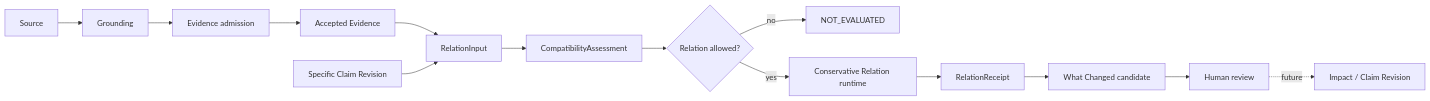
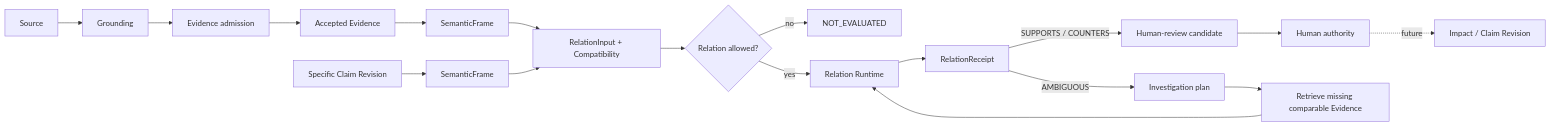
One commit to Anhao1314/flowcredit-research changed the diagram in README.md. Above: the diagram before and after it, drawn with Mermaid. The commit also changed other lines of this file and 28 other files, not shown here.

First line of the commit message:
feat(research): ship v0.2 SemanticFrame reality check and Investigate loop

````diff
--- a/README.md
+++ b/README.md
@@ -54,16 +60,20 @@
-```mermaid
+~~~mermaid
 flowchart LR
     A[Source] --> B[Grounding]
     B --> C[Evidence admission]
     C --> D[Accepted Evidence]
-    D --> E[RelationInput]
-    F[Specific Claim Revision] --> E
-    E --> G[CompatibilityAssessment]
-    G --> H{Relation allowed?}
-    H -- no --> I[NOT_EVALUATED]
-    H -- yes --> J[Conservative Relation runtime]
-    J --> K[RelationReceipt]
-    K --> L[What Changed candidate]
-    L --> M[Human review]
-    M -. future .-> N[Impact / Claim Revision]
-```
+    D --> E[SemanticFrame]
+    F[Specific Claim Revision] --> G[SemanticFrame]
+    E --> H[RelationInput + Compatibility]
+    G --> H
+    H --> I{Relation allowed?}
+    I -- no --> J[NOT_EVALUATED]
+    I -- yes --> K[Relation Runtime]
+    K --> L[RelationReceipt]
+    L -- SUPPORTS / COUNTERS --> M[Human-review candidate]
+    L -- AMBIGUOUS --> N[Investigation plan]
+    N --> O[Retrieve missing comparable Evidence]
+    O --> K
+    M --> P[Human authority]
+    P -. future .-> Q[Impact / Claim Revision]
+~~~
````
